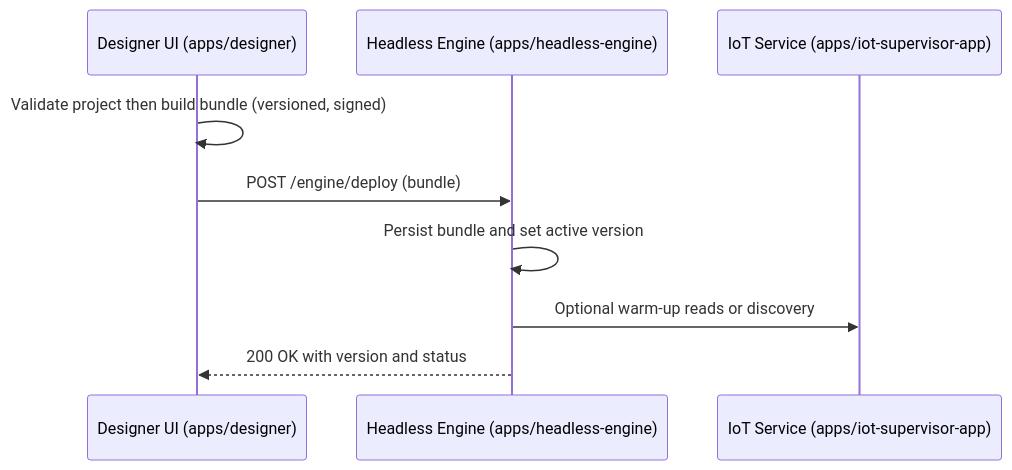
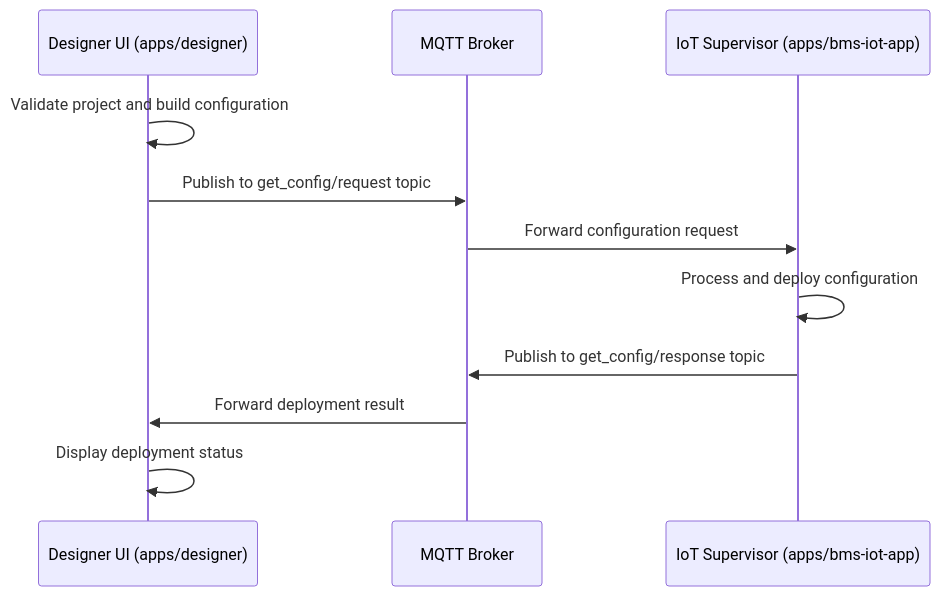
One commit to openbms-io/supervisor changed the third of 6 diagrams in docs/architecture.md. Above: the diagram before and after it, drawn with Mermaid. The commit also changed other lines of this file and 154 other files, not shown here.

First line of the commit message:
Added bms-iot-app from private repo (#32)

````diff
--- a/docs/architecture.md
+++ b/docs/architecture.md
@@ -177,12 +292,14 @@
 ```mermaid
 sequenceDiagram
   participant UI as Designer UI (apps/designer)
-  participant ENG as Headless Engine (apps/headless-engine)
-  participant PY as IoT Service (apps/iot-supervisor-app)
+  participant MQTT as MQTT Broker
+  participant IoT as IoT Supervisor (apps/bms-iot-app)
 
-  UI->>UI: Validate project then build bundle (versioned, signed)
-  UI->>ENG: POST /engine/deploy (bundle)
-  ENG->>ENG: Persist bundle and set active version
-  ENG->>PY: Optional warm-up reads or discovery
-  ENG-->>UI: 200 OK with version and status
+  UI->>UI: Validate project and build configuration
+  UI->>MQTT: Publish to get_config/request topic
+  MQTT->>IoT: Forward configuration request
+  IoT->>IoT: Process and deploy configuration
+  IoT->>MQTT: Publish to get_config/response topic
+  MQTT->>UI: Forward deployment result
+  UI->>UI: Display deployment status
 ```
````
